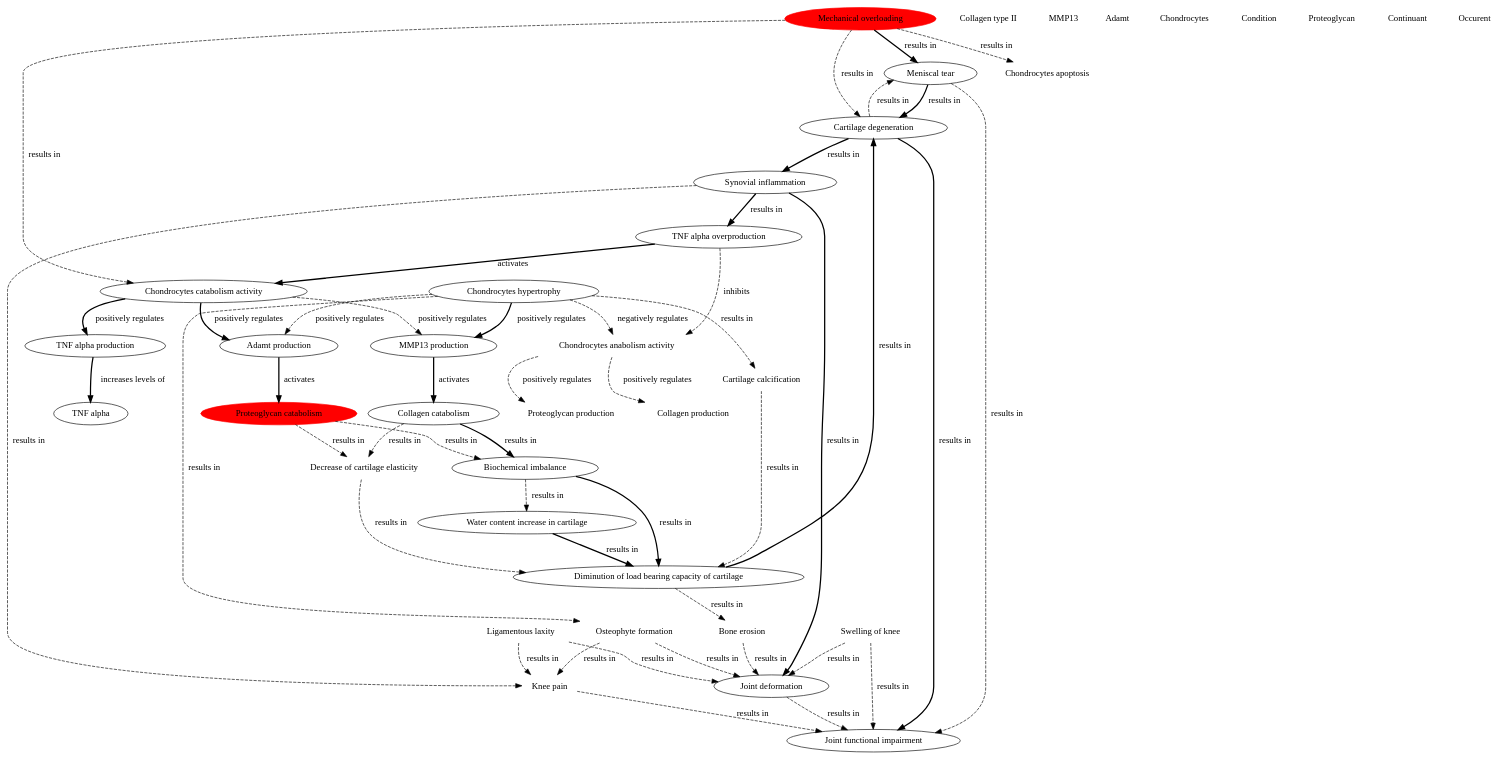
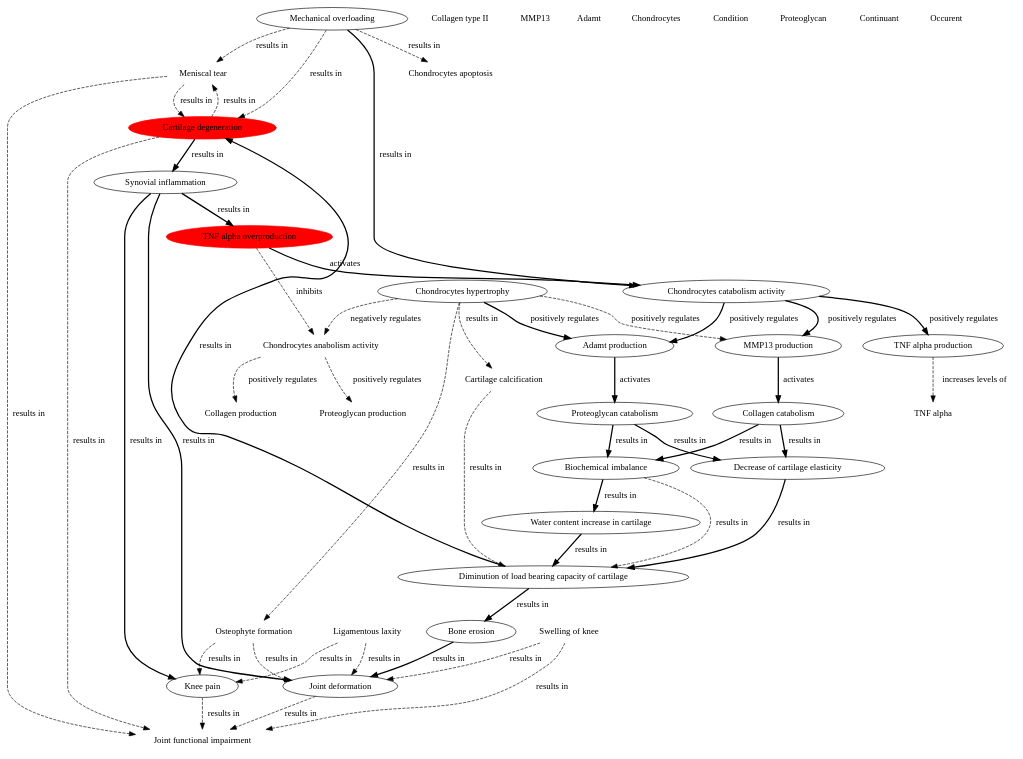
One commit to plumdeq/hypothtest changed the diagram in shared/dot/digraph.dot. Above: the diagram before and after it, drawn with Graphviz. The commit also changed 1 other file, not shown here.

```diff
--- a/shared/dot/digraph.dot
+++ b/shared/dot/digraph.dot
@@ -1,24 +1,24 @@
 digraph g {
-"http://plumdeq.xyz/ontologies/hypothesis/Joint_functional_impairment" [label="Joint functional impairment",shape="ellipse"] ;
-"http://plumdeq.xyz/ontologies/hypothesis/Mechanical_overloading" [label="Mechanical overloading",shape="ellipse",style="filled",color="red"] ;
-"http://plumdeq.xyz/ontologies/hypothesis/TNF_alpha_production" [label="TNF alpha production",shape="ellipse"] ;
+"http://plumdeq.xyz/ontologies/hypothesis/Joint_functional_impairment" [label="Joint functional impairment",shape="none"] ;
+"http://plumdeq.xyz/ontologies/hypothesis/Mechanical_overloading" [label="Mechanical overloading",shape="ellipse"] ;
+"http://plumdeq.xyz/ontologies/hypothesis/Biochemical_imbalance" [label="Biochemical imbalance",shape="ellipse"] ;
 "http://plumdeq.xyz/ontologies/hypothesis/Adamt_production" [label="Adamt production",shape="ellipse"] ;
 "http://plumdeq.xyz/ontologies/hypothesis/Chondrocytes_catabolism_activity" [label="Chondrocytes catabolism activity",shape="ellipse"] ;
-"http://plumdeq.xyz/ontologies/hypothesis/TNF_alpha" [label="TNF alpha",shape="ellipse"] ;
+"http://plumdeq.xyz/ontologies/hypothesis/TNF_alpha" [label="TNF alpha",shape="none"] ;
 "http://plumdeq.xyz/ontologies/hypothesis/Chondrocytes_hypertrophy" [label="Chondrocytes hypertrophy",shape="ellipse"] ;
 "http://plumdeq.xyz/ontologies/hypothesis/Osteophyte_formation" [label="Osteophyte formation",shape="none"] ;
 "http://plumdeq.xyz/ontologies/hypothesis/Diminution_of_load_bearing_capacity_of_cartilage" [label="Diminution of load bearing capacity of cartilage",shape="ellipse"] ;
-"http://plumdeq.xyz/ontologies/hypothesis/TNF_alpha_overproduction" [label="TNF alpha overproduction",shape="ellipse"] ;
+"http://plumdeq.xyz/ontologies/hypothesis/TNF_alpha_overproduction" [label="TNF alpha overproduction",shape="ellipse",style="filled",color="red"] ;
 "http://plumdeq.xyz/ontologies/hypothesis/Cartilage_calcification" [label="Cartilage calcification",shape="none"] ;
 "http://plumdeq.xyz/ontologies/hypothesis/Collagen_type_II" [label="Collagen type II",shape="none"] ;
 "http://plumdeq.xyz/ontologies/hypothesis/Collagen_production" [label="Collagen production",shape="none"] ;
-"http://plumdeq.xyz/ontologies/hypothesis/Biochemical_imbalance" [label="Biochemical imbalance",shape="ellipse"] ;
 "http://plumdeq.xyz/ontologies/hypothesis/MMP13" [label="MMP13",shape="none"] ;
-"http://plumdeq.xyz/ontologies/hypothesis/Meniscal_tear" [label="Meniscal tear",shape="ellipse"] ;
+"http://plumdeq.xyz/ontologies/hypothesis/Meniscal_tear" [label="Meniscal tear",shape="none"] ;
 "http://plumdeq.xyz/ontologies/hypothesis/Swelling_of_knee" [label="Swelling of knee",shape="none"] ;
 "http://plumdeq.xyz/ontologies/hypothesis/Chondrocytes_anabolism_activity" [label="Chondrocytes anabolism activity",shape="none"] ;
 "http://plumdeq.xyz/ontologies/hypothesis/Adamt" [label="Adamt",shape="none"] ;
 "http://plumdeq.xyz/ontologies/hypothesis/Chondrocytes" [label="Chondrocytes",shape="none"] ;
+"http://plumdeq.xyz/ontologies/hypothesis/TNF_alpha_production" [label="TNF alpha production",shape="ellipse"] ;
 "http://plumdeq.xyz/ontologies/hypothesis/Water_content_increase_in_cartilage" [label="Water content increase in cartilage",shape="ellipse"] ;
 "http://plumdeq.xyz/ontologies/hypothesis/Condition" [label="Condition",shape="none"] ;
 "http://plumdeq.xyz/ontologies/hypothesis/Proteoglycan" [label="Proteoglycan",shape="none"] ;
@@ -27,60 +27,60 @@
 "http://plumdeq.xyz/ontologies/hypothesis/Collagen_catabolism" [label="Collagen catabolism",shape="ellipse"] ;
 "http://plumdeq.xyz/ontologies/hypothesis/Joint_deformation" [label="Joint deformation",shape="ellipse"] ;
 "http://plumdeq.xyz/ontologies/hypothesis/Occurent" [label="Occurent",shape="none"] ;
-"http://plumdeq.xyz/ontologies/hypothesis/Proteoglycan_catabolism" [label="Proteoglycan catabolism",shape="ellipse",style="filled",color="red"] ;
-"http://plumdeq.xyz/ontologies/hypothesis/Cartilage_degeneration" [label="Cartilage degeneration",shape="ellipse"] ;
+"http://plumdeq.xyz/ontologies/hypothesis/Proteoglycan_catabolism" [label="Proteoglycan catabolism",shape="ellipse"] ;
+"http://plumdeq.xyz/ontologies/hypothesis/Cartilage_degeneration" [label="Cartilage degeneration",shape="ellipse",style="filled",color="red"] ;
 "http://plumdeq.xyz/ontologies/hypothesis/Ligamentous_laxity" [label="Ligamentous laxity",shape="none"] ;
 "http://plumdeq.xyz/ontologies/hypothesis/MMP13_production" [label="MMP13 production",shape="ellipse"] ;
-"http://plumdeq.xyz/ontologies/hypothesis/Bone_erosion" [label="Bone erosion",shape="none"] ;
-"http://plumdeq.xyz/ontologies/hypothesis/Decrease_of_cartilage_elasticity" [label="Decrease of cartilage elasticity",shape="none"] ;
+"http://plumdeq.xyz/ontologies/hypothesis/Bone_erosion" [label="Bone erosion",shape="ellipse"] ;
+"http://plumdeq.xyz/ontologies/hypothesis/Decrease_of_cartilage_elasticity" [label="Decrease of cartilage elasticity",shape="ellipse"] ;
 "http://plumdeq.xyz/ontologies/hypothesis/Proteoglycan_production" [label="Proteoglycan production",shape="none"] ;
-"http://plumdeq.xyz/ontologies/hypothesis/Knee_pain" [label="Knee pain",shape="none"] ;
+"http://plumdeq.xyz/ontologies/hypothesis/Knee_pain" [label="Knee pain",shape="ellipse"] ;
 "http://plumdeq.xyz/ontologies/hypothesis/Chondrocytes_apoptosis" [label="Chondrocytes apoptosis",shape="none"] ;
 "http://plumdeq.xyz/ontologies/hypothesis/Mechanical_overloading" -> "http://plumdeq.xyz/ontologies/hypothesis/Cartilage_degeneration" [label="results in",style="dashed"] ;
-"http://plumdeq.xyz/ontologies/hypothesis/Mechanical_overloading" -> "http://plumdeq.xyz/ontologies/hypothesis/Meniscal_tear" [label="results in",style="bold"] ;
+"http://plumdeq.xyz/ontologies/hypothesis/Mechanical_overloading" -> "http://plumdeq.xyz/ontologies/hypothesis/Meniscal_tear" [label="results in",style="dashed"] ;
 "http://plumdeq.xyz/ontologies/hypothesis/Mechanical_overloading" -> "http://plumdeq.xyz/ontologies/hypothesis/Chondrocytes_apoptosis" [label="results in",style="dashed"] ;
-"http://plumdeq.xyz/ontologies/hypothesis/Mechanical_overloading" -> "http://plumdeq.xyz/ontologies/hypothesis/Chondrocytes_catabolism_activity" [label="results in",style="dashed"] ;
-"http://plumdeq.xyz/ontologies/hypothesis/TNF_alpha_production" -> "http://plumdeq.xyz/ontologies/hypothesis/TNF_alpha" [label="increases levels of",style="bold"] ;
+"http://plumdeq.xyz/ontologies/hypothesis/Mechanical_overloading" -> "http://plumdeq.xyz/ontologies/hypothesis/Chondrocytes_catabolism_activity" [label="results in",style="bold"] ;
+"http://plumdeq.xyz/ontologies/hypothesis/Biochemical_imbalance" -> "http://plumdeq.xyz/ontologies/hypothesis/Water_content_increase_in_cartilage" [label="results in",style="bold"] ;
+"http://plumdeq.xyz/ontologies/hypothesis/Biochemical_imbalance" -> "http://plumdeq.xyz/ontologies/hypothesis/Diminution_of_load_bearing_capacity_of_cartilage" [label="results in",style="dashed"] ;
 "http://plumdeq.xyz/ontologies/hypothesis/Adamt_production" -> "http://plumdeq.xyz/ontologies/hypothesis/Proteoglycan_catabolism" [label="activates",style="bold"] ;
 "http://plumdeq.xyz/ontologies/hypothesis/Chondrocytes_catabolism_activity" -> "http://plumdeq.xyz/ontologies/hypothesis/TNF_alpha_production" [label="positively regulates",style="bold"] ;
 "http://plumdeq.xyz/ontologies/hypothesis/Chondrocytes_catabolism_activity" -> "http://plumdeq.xyz/ontologies/hypothesis/Adamt_production" [label="positively regulates",style="bold"] ;
-"http://plumdeq.xyz/ontologies/hypothesis/Chondrocytes_catabolism_activity" -> "http://plumdeq.xyz/ontologies/hypothesis/MMP13_production" [label="positively regulates",style="dashed"] ;
+"http://plumdeq.xyz/ontologies/hypothesis/Chondrocytes_catabolism_activity" -> "http://plumdeq.xyz/ontologies/hypothesis/MMP13_production" [label="positively regulates",style="bold"] ;
 "http://plumdeq.xyz/ontologies/hypothesis/Chondrocytes_hypertrophy" -> "http://plumdeq.xyz/ontologies/hypothesis/Chondrocytes_anabolism_activity" [label="negatively regulates",style="dashed"] ;
 "http://plumdeq.xyz/ontologies/hypothesis/Chondrocytes_hypertrophy" -> "http://plumdeq.xyz/ontologies/hypothesis/Osteophyte_formation" [label="results in",style="dashed"] ;
-"http://plumdeq.xyz/ontologies/hypothesis/Chondrocytes_hypertrophy" -> "http://plumdeq.xyz/ontologies/hypothesis/Adamt_production" [label="positively regulates",style="dashed"] ;
-"http://plumdeq.xyz/ontologies/hypothesis/Chondrocytes_hypertrophy" -> "http://plumdeq.xyz/ontologies/hypothesis/MMP13_production" [label="positively regulates",style="bold"] ;
+"http://plumdeq.xyz/ontologies/hypothesis/Chondrocytes_hypertrophy" -> "http://plumdeq.xyz/ontologies/hypothesis/Adamt_production" [label="positively regulates",style="bold"] ;
+"http://plumdeq.xyz/ontologies/hypothesis/Chondrocytes_hypertrophy" -> "http://plumdeq.xyz/ontologies/hypothesis/MMP13_production" [label="positively regulates",style="dashed"] ;
 "http://plumdeq.xyz/ontologies/hypothesis/Chondrocytes_hypertrophy" -> "http://plumdeq.xyz/ontologies/hypothesis/Cartilage_calcification" [label="results in",style="dashed"] ;
 "http://plumdeq.xyz/ontologies/hypothesis/Osteophyte_formation" -> "http://plumdeq.xyz/ontologies/hypothesis/Joint_deformation" [label="results in",style="dashed"] ;
 "http://plumdeq.xyz/ontologies/hypothesis/Osteophyte_formation" -> "http://plumdeq.xyz/ontologies/hypothesis/Knee_pain" [label="results in",style="dashed"] ;
 "http://plumdeq.xyz/ontologies/hypothesis/Diminution_of_load_bearing_capacity_of_cartilage" -> "http://plumdeq.xyz/ontologies/hypothesis/Cartilage_degeneration" [label="results in",style="bold"] ;
-"http://plumdeq.xyz/ontologies/hypothesis/Diminution_of_load_bearing_capacity_of_cartilage" -> "http://plumdeq.xyz/ontologies/hypothesis/Bone_erosion" [label="results in",style="dashed"] ;
+"http://plumdeq.xyz/ontologies/hypothesis/Diminution_of_load_bearing_capacity_of_cartilage" -> "http://plumdeq.xyz/ontologies/hypothesis/Bone_erosion" [label="results in",style="bold"] ;
 "http://plumdeq.xyz/ontologies/hypothesis/TNF_alpha_overproduction" -> "http://plumdeq.xyz/ontologies/hypothesis/Chondrocytes_anabolism_activity" [label="inhibits",style="dashed"] ;
 "http://plumdeq.xyz/ontologies/hypothesis/TNF_alpha_overproduction" -> "http://plumdeq.xyz/ontologies/hypothesis/Chondrocytes_catabolism_activity" [label="activates",style="bold"] ;
 "http://plumdeq.xyz/ontologies/hypothesis/Cartilage_calcification" -> "http://plumdeq.xyz/ontologies/hypothesis/Diminution_of_load_bearing_capacity_of_cartilage" [label="results in",style="dashed"] ;
-"http://plumdeq.xyz/ontologies/hypothesis/Biochemical_imbalance" -> "http://plumdeq.xyz/ontologies/hypothesis/Water_content_increase_in_cartilage" [label="results in",style="dashed"] ;
-"http://plumdeq.xyz/ontologies/hypothesis/Biochemical_imbalance" -> "http://plumdeq.xyz/ontologies/hypothesis/Diminution_of_load_bearing_capacity_of_cartilage" [label="results in",style="bold"] ;
-"http://plumdeq.xyz/ontologies/hypothesis/Meniscal_tear" -> "http://plumdeq.xyz/ontologies/hypothesis/Cartilage_degeneration" [label="results in",style="bold"] ;
+"http://plumdeq.xyz/ontologies/hypothesis/Meniscal_tear" -> "http://plumdeq.xyz/ontologies/hypothesis/Cartilage_degeneration" [label="results in",style="dashed"] ;
 "http://plumdeq.xyz/ontologies/hypothesis/Meniscal_tear" -> "http://plumdeq.xyz/ontologies/hypothesis/Joint_functional_impairment" [label="results in",style="dashed"] ;
+"http://plumdeq.xyz/ontologies/hypothesis/Swelling_of_knee" -> "http://plumdeq.xyz/ontologies/hypothesis/Joint_deformation" [label="results in",style="dashed"] ;
 "http://plumdeq.xyz/ontologies/hypothesis/Swelling_of_knee" -> "http://plumdeq.xyz/ontologies/hypothesis/Joint_functional_impairment" [label="results in",style="dashed"] ;
-"http://plumdeq.xyz/ontologies/hypothesis/Swelling_of_knee" -> "http://plumdeq.xyz/ontologies/hypothesis/Joint_deformation" [label="results in",style="dashed"] ;
 "http://plumdeq.xyz/ontologies/hypothesis/Chondrocytes_anabolism_activity" -> "http://plumdeq.xyz/ontologies/hypothesis/Collagen_production" [label="positively regulates",style="dashed"] ;
 "http://plumdeq.xyz/ontologies/hypothesis/Chondrocytes_anabolism_activity" -> "http://plumdeq.xyz/ontologies/hypothesis/Proteoglycan_production" [label="positively regulates",style="dashed"] ;
+"http://plumdeq.xyz/ontologies/hypothesis/TNF_alpha_production" -> "http://plumdeq.xyz/ontologies/hypothesis/TNF_alpha" [label="increases levels of",style="dashed"] ;
 "http://plumdeq.xyz/ontologies/hypothesis/Water_content_increase_in_cartilage" -> "http://plumdeq.xyz/ontologies/hypothesis/Diminution_of_load_bearing_capacity_of_cartilage" [label="results in",style="bold"] ;
 "http://plumdeq.xyz/ontologies/hypothesis/Synovial_inflammation" -> "http://plumdeq.xyz/ontologies/hypothesis/Joint_deformation" [label="results in",style="bold"] ;
 "http://plumdeq.xyz/ontologies/hypothesis/Synovial_inflammation" -> "http://plumdeq.xyz/ontologies/hypothesis/TNF_alpha_overproduction" [label="results in",style="bold"] ;
-"http://plumdeq.xyz/ontologies/hypothesis/Synovial_inflammation" -> "http://plumdeq.xyz/ontologies/hypothesis/Knee_pain" [label="results in",style="dashed"] ;
+"http://plumdeq.xyz/ontologies/hypothesis/Synovial_inflammation" -> "http://plumdeq.xyz/ontologies/hypothesis/Knee_pain" [label="results in",style="bold"] ;
 "http://plumdeq.xyz/ontologies/hypothesis/Collagen_catabolism" -> "http://plumdeq.xyz/ontologies/hypothesis/Biochemical_imbalance" [label="results in",style="bold"] ;
-"http://plumdeq.xyz/ontologies/hypothesis/Collagen_catabolism" -> "http://plumdeq.xyz/ontologies/hypothesis/Decrease_of_cartilage_elasticity" [label="results in",style="dashed"] ;
+"http://plumdeq.xyz/ontologies/hypothesis/Collagen_catabolism" -> "http://plumdeq.xyz/ontologies/hypothesis/Decrease_of_cartilage_elasticity" [label="results in",style="bold"] ;
 "http://plumdeq.xyz/ontologies/hypothesis/Joint_deformation" -> "http://plumdeq.xyz/ontologies/hypothesis/Joint_functional_impairment" [label="results in",style="dashed"] ;
-"http://plumdeq.xyz/ontologies/hypothesis/Proteoglycan_catabolism" -> "http://plumdeq.xyz/ontologies/hypothesis/Biochemical_imbalance" [label="results in",style="dashed"] ;
-"http://plumdeq.xyz/ontologies/hypothesis/Proteoglycan_catabolism" -> "http://plumdeq.xyz/ontologies/hypothesis/Decrease_of_cartilage_elasticity" [label="results in",style="dashed"] ;
-"http://plumdeq.xyz/ontologies/hypothesis/Cartilage_degeneration" -> "http://plumdeq.xyz/ontologies/hypothesis/Joint_functional_impairment" [label="results in",style="bold"] ;
+"http://plumdeq.xyz/ontologies/hypothesis/Proteoglycan_catabolism" -> "http://plumdeq.xyz/ontologies/hypothesis/Biochemical_imbalance" [label="results in",style="bold"] ;
+"http://plumdeq.xyz/ontologies/hypothesis/Proteoglycan_catabolism" -> "http://plumdeq.xyz/ontologies/hypothesis/Decrease_of_cartilage_elasticity" [label="results in",style="bold"] ;
+"http://plumdeq.xyz/ontologies/hypothesis/Cartilage_degeneration" -> "http://plumdeq.xyz/ontologies/hypothesis/Joint_functional_impairment" [label="results in",style="dashed"] ;
 "http://plumdeq.xyz/ontologies/hypothesis/Cartilage_degeneration" -> "http://plumdeq.xyz/ontologies/hypothesis/Synovial_inflammation" [label="results in",style="bold"] ;
 "http://plumdeq.xyz/ontologies/hypothesis/Cartilage_degeneration" -> "http://plumdeq.xyz/ontologies/hypothesis/Meniscal_tear" [label="results in",style="dashed"] ;
 "http://plumdeq.xyz/ontologies/hypothesis/Ligamentous_laxity" -> "http://plumdeq.xyz/ontologies/hypothesis/Joint_deformation" [label="results in",style="dashed"] ;
 "http://plumdeq.xyz/ontologies/hypothesis/Ligamentous_laxity" -> "http://plumdeq.xyz/ontologies/hypothesis/Knee_pain" [label="results in",style="dashed"] ;
 "http://plumdeq.xyz/ontologies/hypothesis/MMP13_production" -> "http://plumdeq.xyz/ontologies/hypothesis/Collagen_catabolism" [label="activates",style="bold"] ;
-"http://plumdeq.xyz/ontologies/hypothesis/Bone_erosion" -> "http://plumdeq.xyz/ontologies/hypothesis/Joint_deformation" [label="results in",style="dashed"] ;
-"http://plumdeq.xyz/ontologies/hypothesis/Decrease_of_cartilage_elasticity" -> "http://plumdeq.xyz/ontologies/hypothesis/Diminution_of_load_bearing_capacity_of_cartilage" [label="results in",style="dashed"] ;
+"http://plumdeq.xyz/ontologies/hypothesis/Bone_erosion" -> "http://plumdeq.xyz/ontologies/hypothesis/Joint_deformation" [label="results in",style="bold"] ;
+"http://plumdeq.xyz/ontologies/hypothesis/Decrease_of_cartilage_elasticity" -> "http://plumdeq.xyz/ontologies/hypothesis/Diminution_of_load_bearing_capacity_of_cartilage" [label="results in",style="bold"] ;
 "http://plumdeq.xyz/ontologies/hypothesis/Knee_pain" -> "http://plumdeq.xyz/ontologies/hypothesis/Joint_functional_impairment" [label="results in",style="dashed"] ;
 }
```
